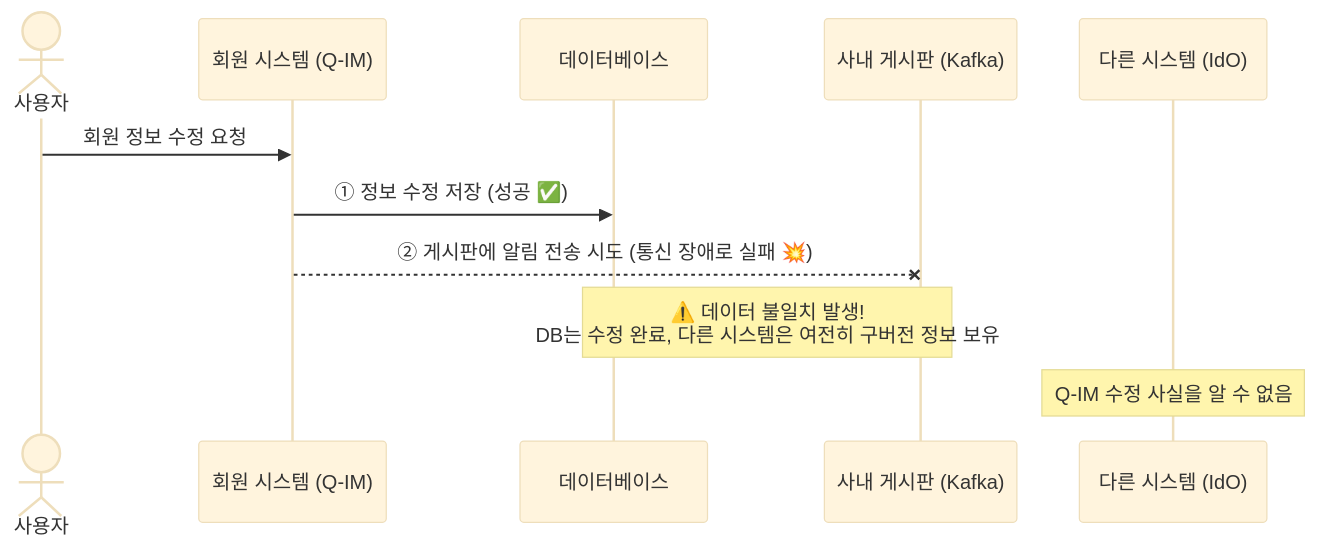
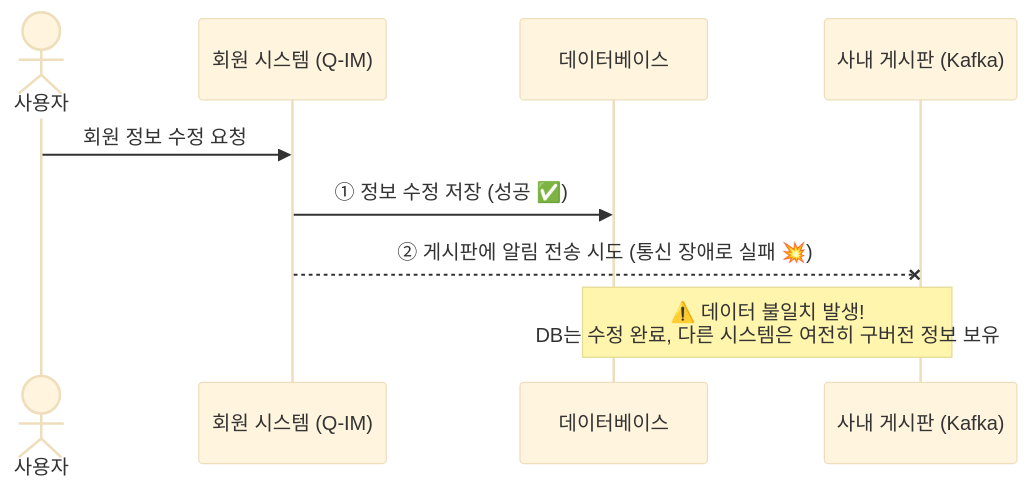
One commit to HipsterMIN/integration-sso changed the first of 10 diagrams in docs/kafka_easy_guide_for_managers.md. Above: the diagram before and after it, drawn with Mermaid (base theme). The commit also changed other lines of this file, not shown here.

````diff
--- a/docs/kafka_easy_guide_for_managers.md
+++ b/docs/kafka_easy_guide_for_managers.md
@@ -27,15 +27,13 @@
 ```mermaid
 sequenceDiagram
     actor 사용자
     participant SYS as 회원 시스템 (Q-IM)
     participant DB as 데이터베이스
     participant KAFKA as 사내 게시판 (Kafka)
-    participant IDO as 다른 시스템 (IdO)
 
     사용자->>SYS: 회원 정보 수정 요청
     SYS->>DB: ① 정보 수정 저장 (성공 ✅)
     SYS--xKAFKA: ② 게시판에 알림 전송 시도 (통신 장애로 실패 💥)
 
     note over DB,KAFKA: ⚠️ 데이터 불일치 발생!<br/>DB는 수정 완료, 다른 시스템은 여전히 구버전 정보 보유
-    note over IDO: Q-IM 수정 사실을 알 수 없음
 ```
````
